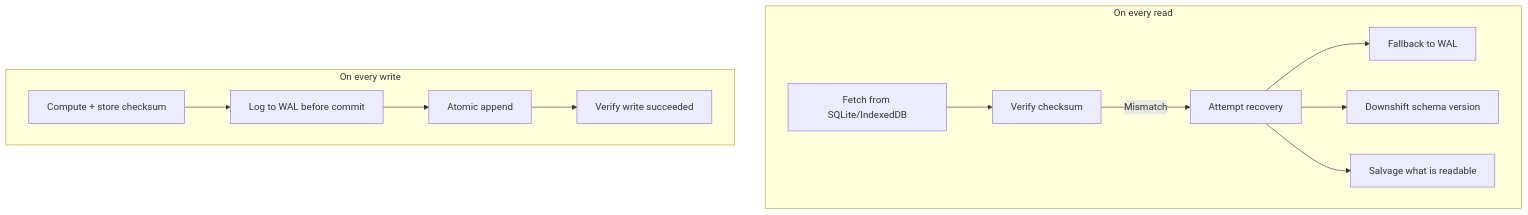
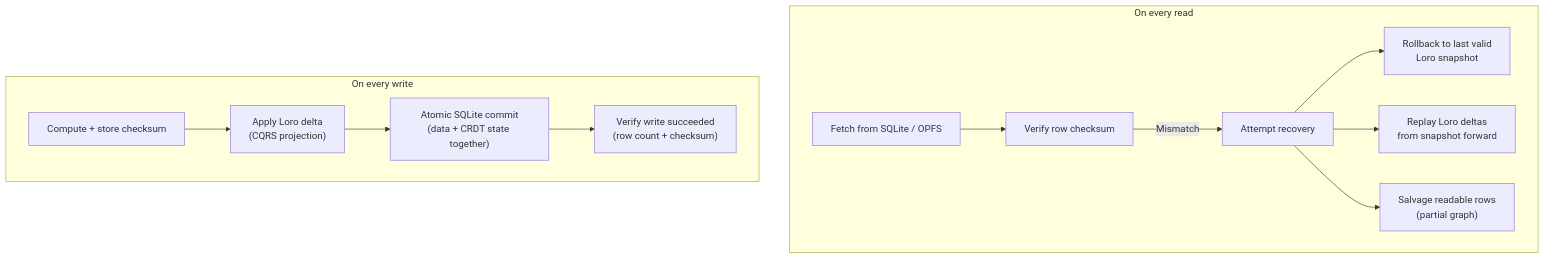
Before and after one commit to aretw0/refarm: the diagram in docs/diagrams/sovereignty-l1.mermaid, drawn with Mermaid. The commit also changed 921 other files, not shown here.

```diff
--- a/docs/diagrams/sovereignty-l1.mermaid
+++ b/docs/diagrams/sovereignty-l1.mermaid
@@ -1,14 +1,14 @@
 graph TD
     subgraph Read ["On every read"]
-        R1[Fetch from SQLite/IndexedDB] --> R2[Verify checksum]
-        R2 -->|Mismatch| R3[Attempt recovery]
-        R3 --> R3a[Fallback to WAL]
-        R3 --> R3b[Downshift schema version]
-        R3 --> R3c[Salvage what is readable]
+        R1["Fetch from SQLite / OPFS"] --> R2["Verify row checksum"]
+        R2 -->|Mismatch| R3["Attempt recovery"]
+        R3 --> R3a["Rollback to last valid\nLoro snapshot"]
+        R3 --> R3b["Replay Loro deltas\nfrom snapshot forward"]
+        R3 --> R3c["Salvage readable rows\n(partial graph)"]
     end
 
     subgraph Write ["On every write"]
-        W1[Compute + store checksum] --> W2[Log to WAL before commit]
-        W2 --> W3[Atomic append]
-        W3 --> W4[Verify write succeeded]
+        W1["Compute + store checksum"] --> W2["Apply Loro delta\n(CQRS projection)"]
+        W2 --> W3["Atomic SQLite commit\n(data + CRDT state together)"]
+        W3 --> W4["Verify write succeeded\n(row count + checksum)"]
     end
```
